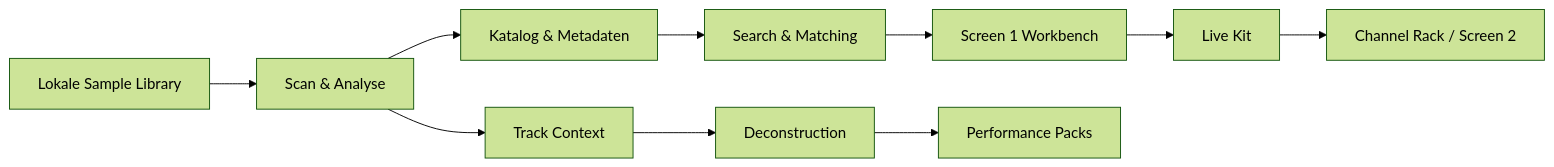
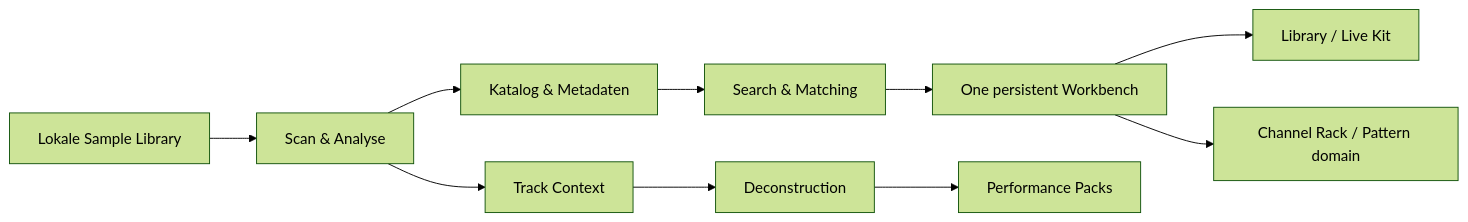
One commit to jannekbuengener/sample-brain changed the diagram in README.md. Above: the diagram before and after it, drawn with Mermaid (forest theme). The commit also changed other lines of this file and 8 other files, not shown here.

````diff
--- a/README.md
+++ b/README.md
@@ -42,12 +42,12 @@
 ```mermaid
 flowchart LR
     A[Lokale Sample Library] --> B[Scan & Analyse]
     B --> C[Katalog & Metadaten]
     C --> D[Search & Matching]
-    D --> E[Screen 1 Workbench]
-    E --> F[Live Kit]
-    F --> J[Channel Rack / Screen 2]
+    D --> E[One persistent Workbench]
+    E --> F[Library / Live Kit]
+    E --> J[Channel Rack / Pattern domain]
     B --> G[Track Context]
     G --> H[Deconstruction]
     H --> I[Performance Packs]
 ```
````
